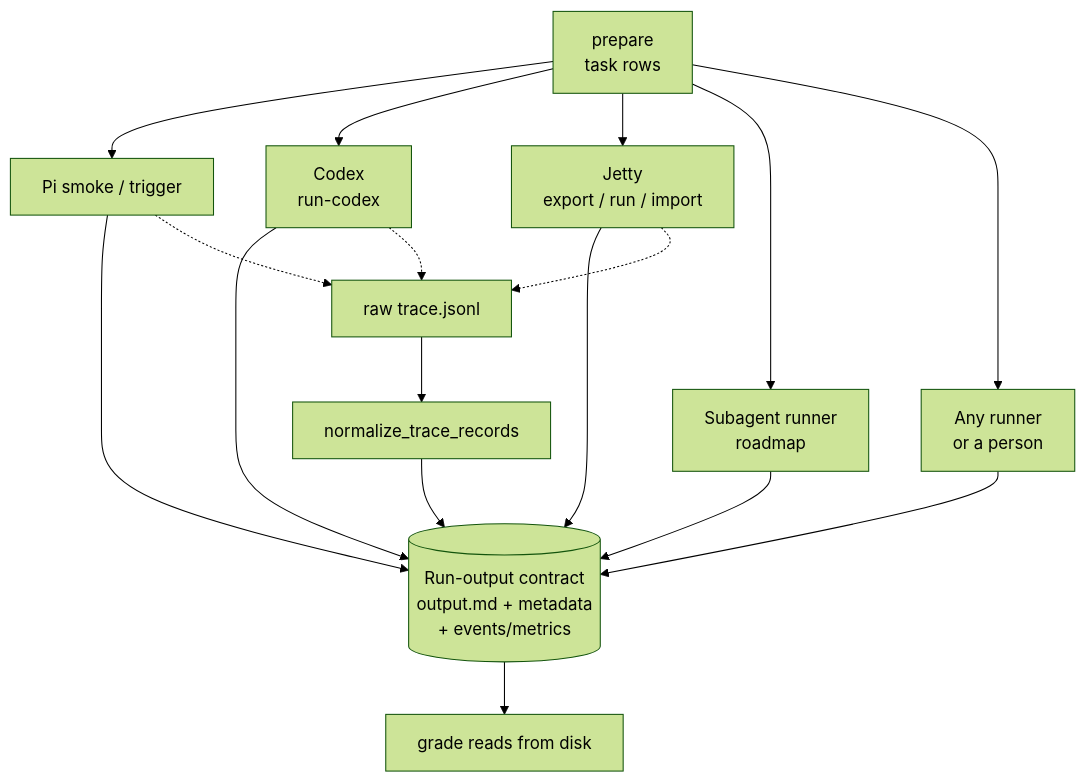
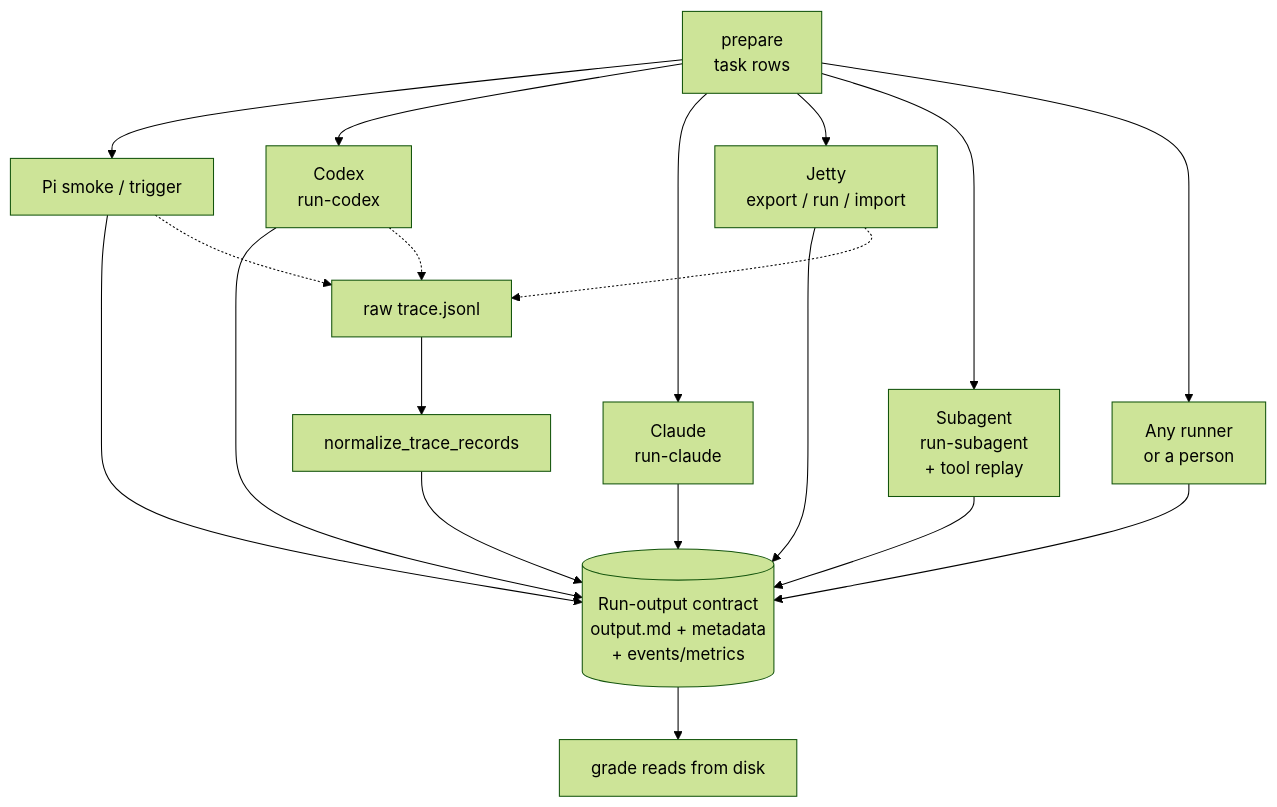
The third of 4 diagrams in docs/architecture.md (adewale/skill-eval-harness), drawn with Mermaid (forest theme) before and after one commit. The commit also changed other lines of this file and 9 other files, not shown here.

First line of the commit message:
Docs: consistency + coherence pass after the roadmap and cost-telemetry merge

````diff
--- a/docs/architecture.md
+++ b/docs/architecture.md
@@ -71,22 +72,24 @@
 ```mermaid
 flowchart TB
     P[prepare\ntask rows] --> PI[Pi smoke / trigger]
     P --> CX[Codex\nrun-codex]
+    P --> CL[Claude\nrun-claude]
     P --> JT[Jetty\nexport / run / import]
-    P --> SUB[Subagent runner\nroadmap]
+    P --> SUB[Subagent\nrun-subagent\n+ tool replay]
     P --> HUM[Any runner\nor a person]
 
     PI --> CONTRACT
     CX --> CONTRACT
+    CL --> CONTRACT
     JT --> CONTRACT
     SUB --> CONTRACT
     HUM --> CONTRACT
 
     RAW[raw trace.jsonl] --> NORM[normalize_trace_records]
     PI -.-> RAW
     CX -.-> RAW
     JT -.-> RAW
     NORM --> CONTRACT[(Run-output contract\noutput.md + metadata\n+ events/metrics)]
 
     CONTRACT --> GR[grade reads from disk]
 ```
````
